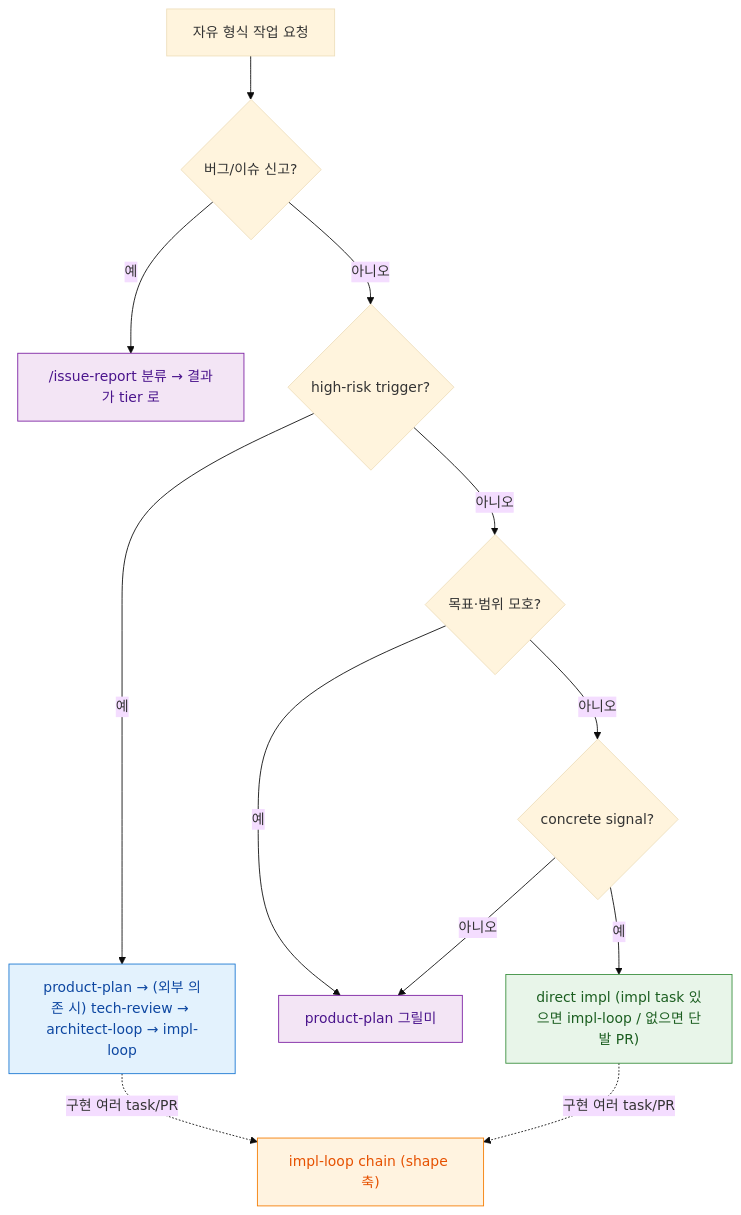
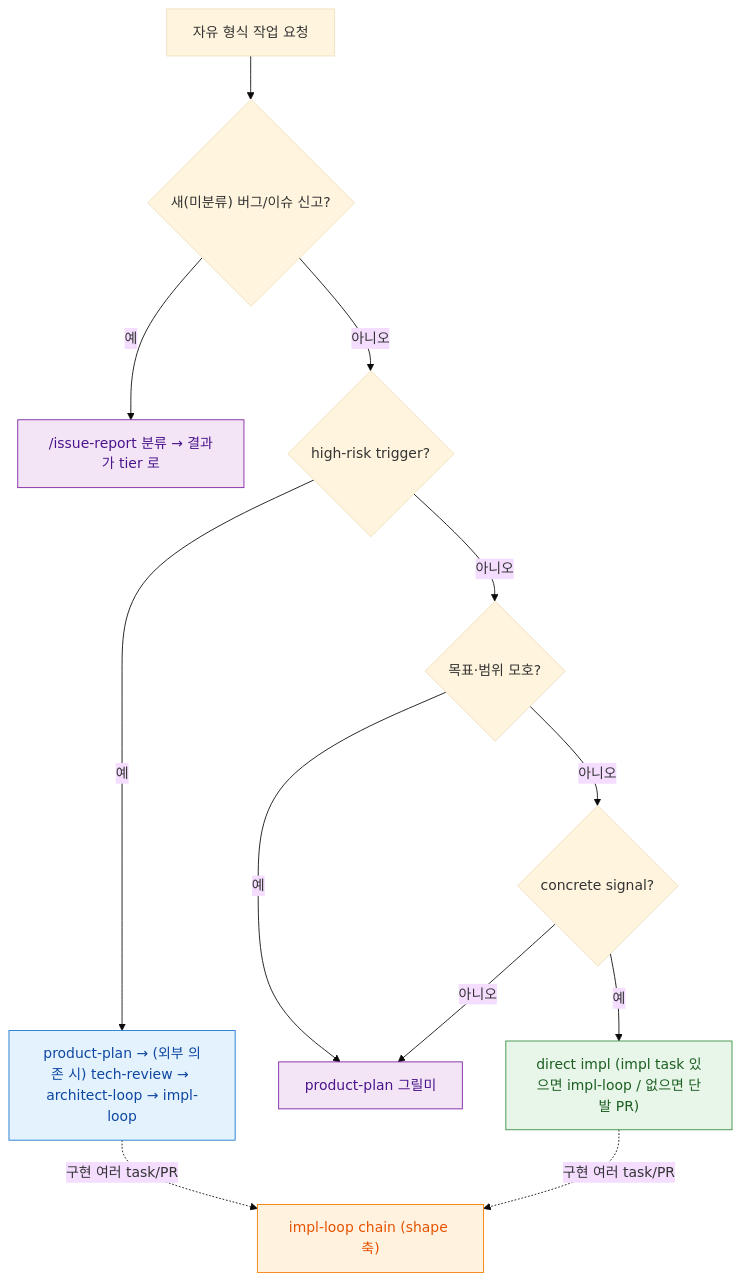
Before and after one commit to alruminum/dcNess: the diagram in docs/plugin/workflow-router.md, drawn with Mermaid (base theme). The commit also changed other lines of this file and 1 other file, not shown here.

````diff
--- a/docs/plugin/workflow-router.md
+++ b/docs/plugin/workflow-router.md
@@ -38,24 +38,24 @@
 ```mermaid
 flowchart TB
-  REQ["자유 형식 작업 요청"] --> BUG{"버그/이슈 신고?"}
+  REQ["자유 형식 작업 요청"] --> BUG{"새(미분류) 버그/이슈 신고?"}
   BUG -->|예| IR["/issue-report 분류 → 결과가 tier 로"]
   BUG -->|아니오| HR{"high-risk trigger?"}
   HR -->|예| T3["product-plan → (외부 의존 시) tech-review → architect-loop → impl-loop"]
   HR -->|아니오| AM{"목표·범위 모호?"}
   AM -->|예| T2["product-plan 그릴미"]
   AM -->|아니오| CS{"concrete signal?"}
   CS -->|예| T1["direct impl (impl task 있으면 impl-loop / 없으면 단발 PR)"]
   CS -->|아니오| T2
   T3 -.->|구현 여러 task/PR| SHAPE["impl-loop chain (shape 축)"]
   T1 -.->|구현 여러 task/PR| SHAPE
 
   classDef gate fill:#e3f2fd,stroke:#1976d2,color:#0d47a1
   classDef shape fill:#fff3e0,stroke:#f57c00,color:#e65100
   classDef clar fill:#f3e5f5,stroke:#7b1fa2,color:#4a148c
   classDef direct fill:#e8f5e9,stroke:#388e3c,color:#1b5e20
   class T3 gate
   class SHAPE shape
   class T2 clar
   class IR clar
   class T1 direct
 ```
````
